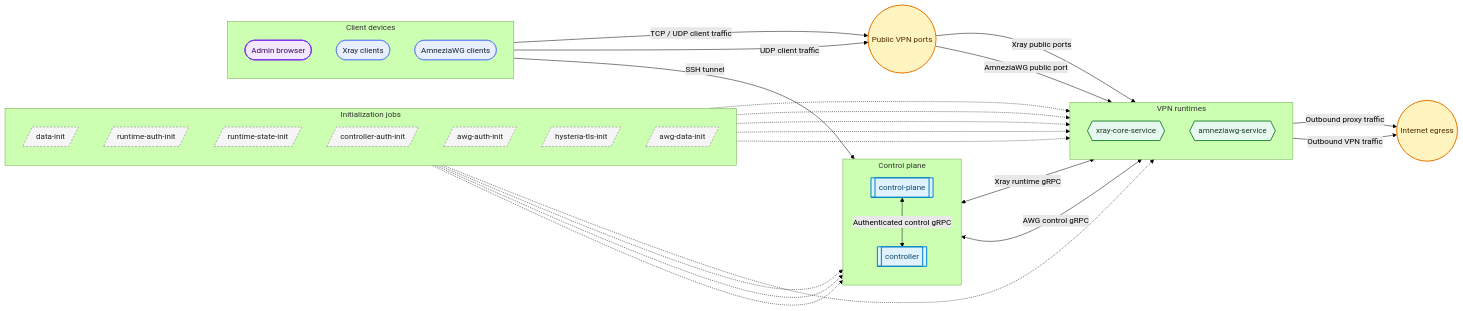
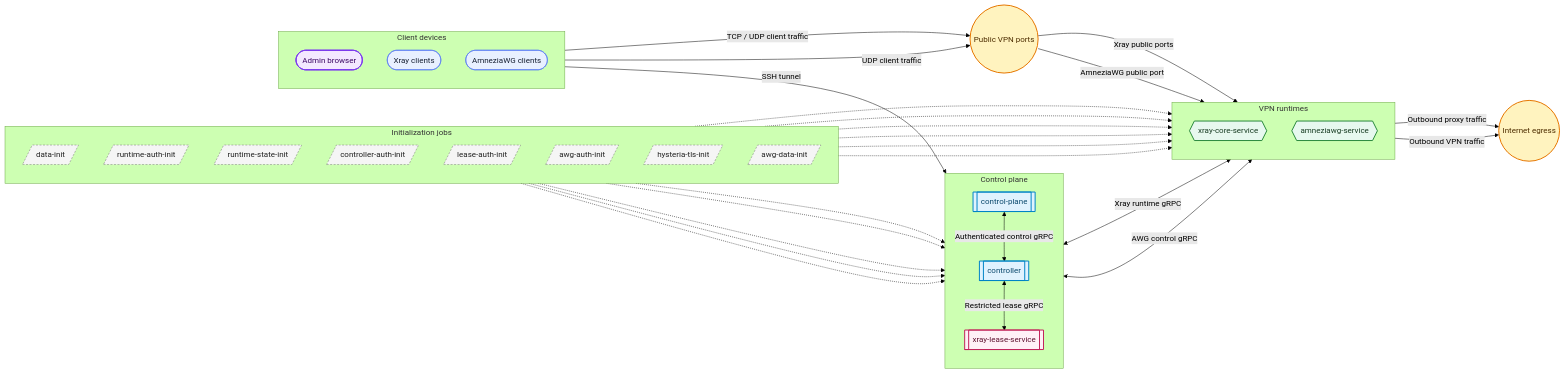
The diagram in docs/readme/pt-BR/README.md (dasshit/xray-easy), drawn with Mermaid (forest theme) before and after one commit. The commit also changed other lines of this file and 60 other files, not shown here.

Commit message:
feat: add optional Xray lease enforcement

````diff
--- a/docs/readme/pt-BR/README.md
+++ b/docs/readme/pt-BR/README.md
@@ -106,64 +108,70 @@
 ```mermaid
 flowchart LR
     classDef admin fill:#f3e8ff,stroke:#7c3aed,color:#3b0764,stroke-width:2px;
     classDef client fill:#e8f0ff,stroke:#4c6ef5,color:#172033,stroke-width:1px;
     classDef control fill:#e0f2fe,stroke:#0284c7,color:#0c4a6e,stroke-width:2px;
+    classDef policy fill:#fff0f6,stroke:#c2255c,color:#5f1230,stroke-width:2px;
     classDef runtime fill:#e7f8ef,stroke:#2b8a3e,color:#183c23,stroke-width:2px;
     classDef bootstrap fill:#f5f5f5,stroke:#777,color:#222,stroke-dasharray:4 3;
     classDef network fill:#fff3bf,stroke:#e67700,color:#4d2d00,stroke-width:2px;
 
     subgraph clients [Client devices]
         direction TB
         admin([Admin browser]):::admin
         xrayClients([Xray clients]):::client
         awgClients([AmneziaWG clients]):::client
     end
 
     subgraph control [Control plane]
         direction TB
         ui[[control-plane]]:::control
         controller[[controller]]:::control
+        lease[[xray-lease-service]]:::policy
     end
 
     subgraph runtimes [VPN runtimes]
         direction TB
         xray{{xray-core-service}}:::runtime
         awg{{amneziawg-service}}:::runtime
     end
 
     subgraph bootstrap [Initialization jobs]
         direction TB
         dataInit[/data-init/]:::bootstrap
         runtimeAuth[/runtime-auth-init/]:::bootstrap
         runtimeState[/runtime-state-init/]:::bootstrap
         controllerAuth[/controller-auth-init/]:::bootstrap
+        leaseAuth[/lease-auth-init/]:::bootstrap
         awgAuth[/awg-auth-init/]:::bootstrap
         tlsInit[/hysteria-tls-init/]:::bootstrap
         awgData[/awg-data-init/]:::bootstrap
     end
 
     public((Public VPN ports)):::network
     internet((Internet egress)):::network
 
     admin -->|SSH tunnel| ui
     ui <-->|Authenticated control gRPC| controller
+    controller <-->|Restricted lease gRPC| lease
     controller <-->|Xray runtime gRPC| xray
     controller <-->|AWG control gRPC| awg
 
     dataInit -.-> xray
     runtimeAuth -.-> xray
     runtimeState -.-> xray
     tlsInit -.-> xray
     controllerAuth -.-> controller
+    leaseAuth -.-> controller
+    leaseAuth -.-> lease
     runtimeAuth -.-> controller
     awgAuth -.-> controller
     awgData -.-> awg
     awgAuth -.-> awg
 
     xrayClients -->|TCP / UDP client traffic| public
     awgClients -->|UDP client traffic| public
     public -->|Xray public ports| xray
     public -->|AmneziaWG public port| awg
     xray -->|Outbound proxy traffic| internet
     awg -->|Outbound VPN traffic| internet
 ```
````
